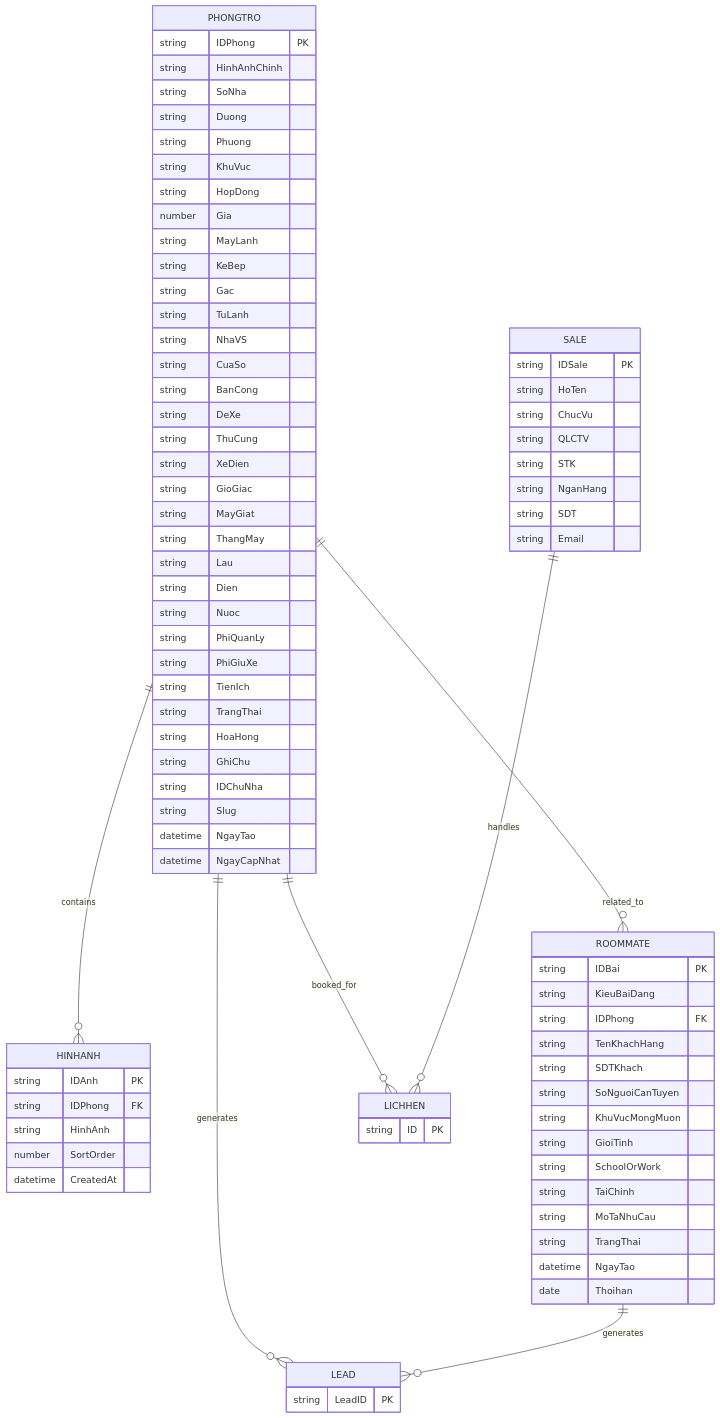
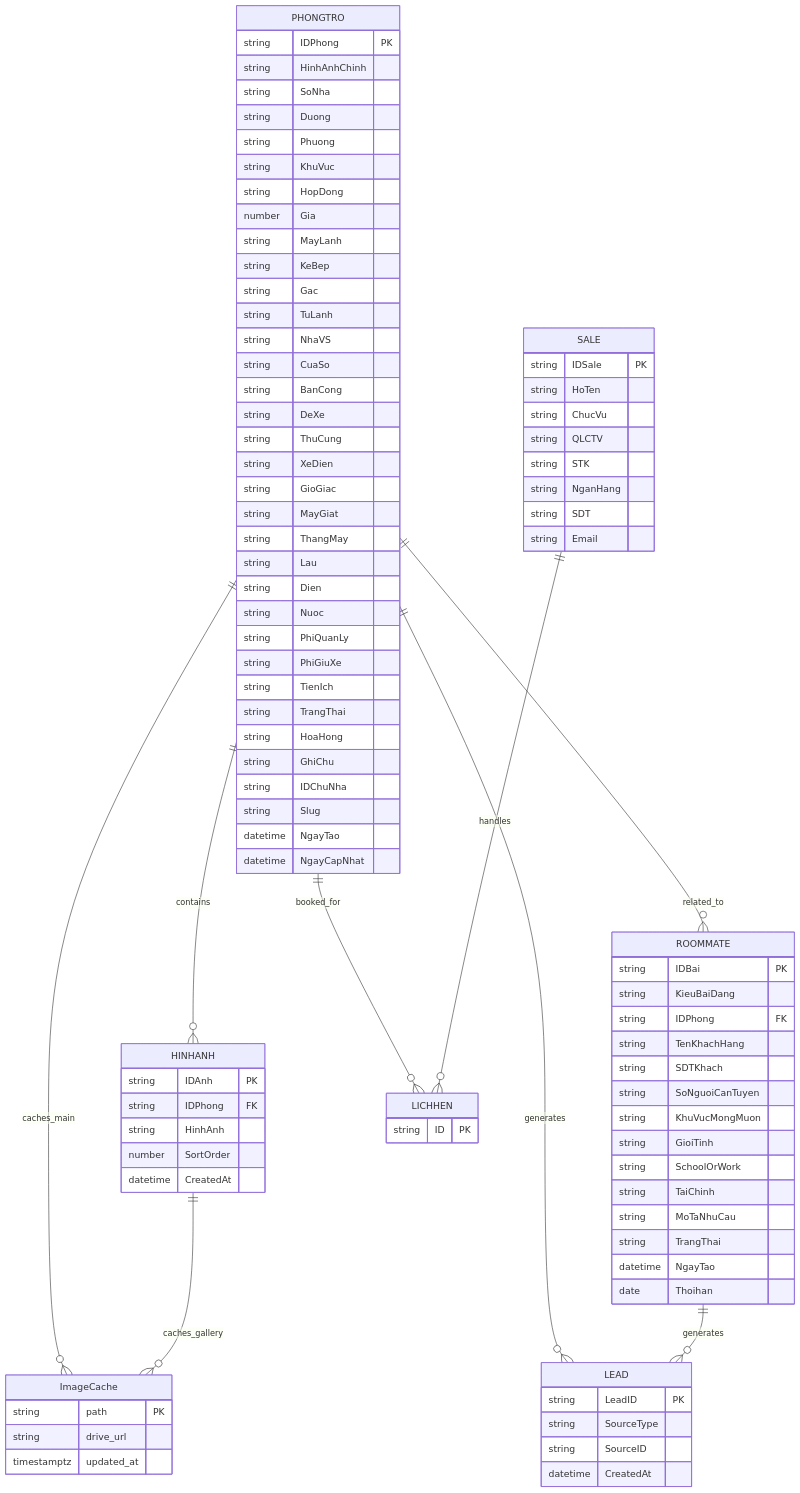
Before and after one commit to ryantr-statinops/HomeMatch: the diagram in docs/diagrams/erd-v1.md, drawn with Mermaid. The commit also changed other lines of this file and 4 other files, not shown here.

Commit message:
docs: update docs for Supabase migration (add ImageCache, update architecture)

````diff
--- a/docs/diagrams/erd-v1.md
+++ b/docs/diagrams/erd-v1.md
@@ -58,6 +58,12 @@
         datetime CreatedAt
     }
 
+    ImageCache {
+        string path PK
+        string drive_url
+        timestamptz updated_at
+    }
+
     ROOMMATE {
         string IDBai PK
         string KieuBaiDang
@@ -92,12 +98,19 @@
 
     LEAD {
         string LeadID PK
+        string SourceType
+        string SourceID
+        datetime CreatedAt
     }
 
     PHONGTRO ||--o{ HINHANH : contains
     PHONGTRO ||--o{ LICHHEN : booked_for
+    PHONGTRO ||--o{ ROOMMATE : related_to
+    PHONGTRO ||--o{ ImageCache : caches_main
+    PHONGTRO ||--o{ LEAD : generates
+
+    HINHANH ||--o{ ImageCache : caches_gallery
+
     SALE ||--o{ LICHHEN : handles
-    PHONGTRO ||--o{ ROOMMATE : related_to
-    PHONGTRO ||--o{ LEAD : generates
     ROOMMATE ||--o{ LEAD : generates
 ```
````
